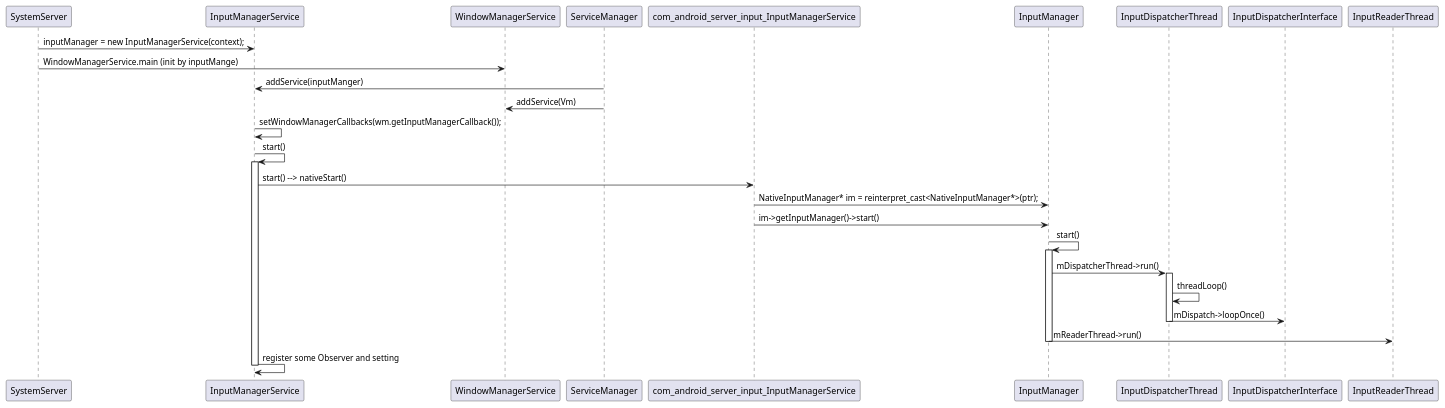
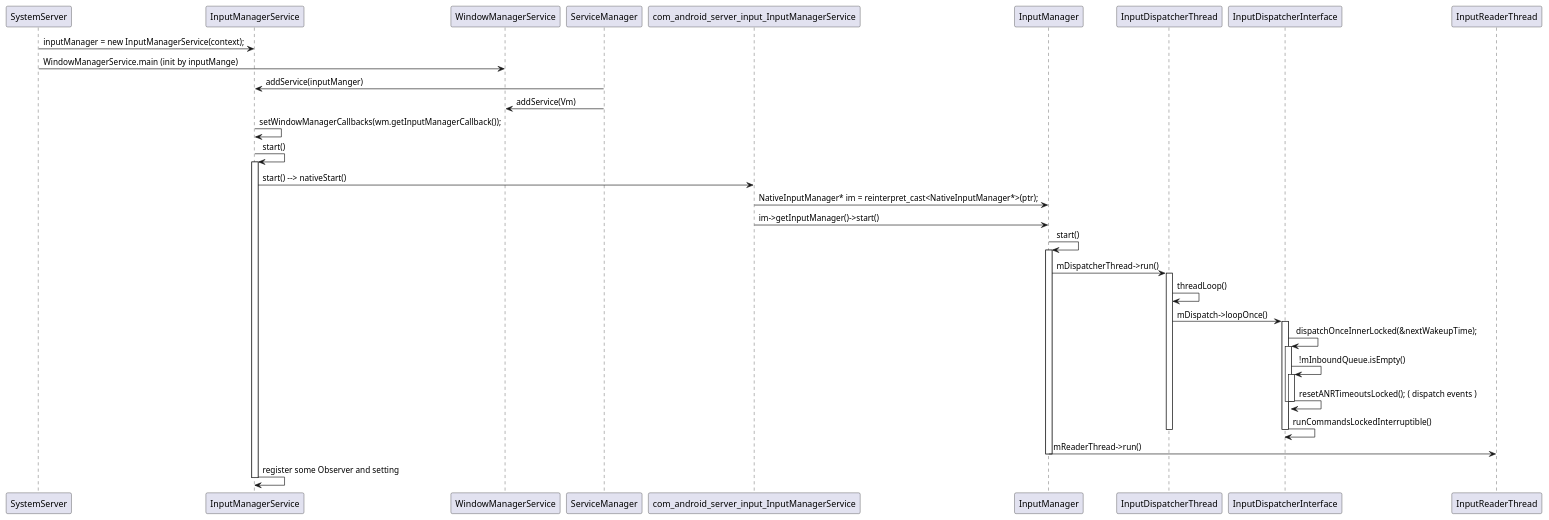
One commit to luxinhua/demo changed the diagram in SequenceDiag/InputSystem/inputhah.puml. Above: the diagram before and after it, drawn with PlantUML.

Commit message:
update for inputsystem sequenceDiag
update for inputsystem sequenceDiag

```diff
--- a/SequenceDiag/InputSystem/inputhah.puml
+++ b/SequenceDiag/InputSystem/inputhah.puml
@@ -1,28 +1,33 @@
 @startuml inputSystem and WindowManager
 SystemServer -> InputManagerService:inputManager = new InputManagerService(context);
 SystemServer -> WindowManagerService:WindowManagerService.main (init by inputMange)
 ServiceManager -> InputManagerService:addService(inputManger)
 ServiceManager -> WindowManagerService:addService(Vm)
 InputManagerService -> InputManagerService: setWindowManagerCallbacks(wm.getInputManagerCallback());
 InputManagerService -> InputManagerService: start()
 activate InputManagerService
 InputManagerService -> com_android_server_input_InputManagerService : start() --> nativeStart()
 com_android_server_input_InputManagerService -> InputManager :NativeInputManager* im = reinterpret_cast<NativeInputManager*>(ptr);
 com_android_server_input_InputManagerService -> InputManager:im->getInputManager()->start()
 InputManager -> InputManager : start()
 activate InputManager
 InputManager -> InputDispatcherThread : mDispatcherThread->run()
 activate InputDispatcherThread
 InputDispatcherThread -> InputDispatcherThread : threadLoop()
 InputDispatcherThread -> InputDispatcherInterface : mDispatch->loopOnce()
-
-
-
+activate InputDispatcherInterface
+InputDispatcherInterface->InputDispatcherInterface:dispatchOnceInnerLocked(&nextWakeupTime);
+activate InputDispatcherInterface
+InputDispatcherInterface->InputDispatcherInterface: !mInboundQueue.isEmpty()
+activate InputDispatcherInterface
+InputDispatcherInterface->InputDispatcherInterface:resetANRTimeoutsLocked(); ( dispatch events ) 
+deactivate InputDispatcherInterface
+deactivate InputDispatcherInterface
+InputDispatcherInterface->InputDispatcherInterface:runCommandsLockedInterruptible() 
+deactivate InputDispatcherInterface
 deactivate InputDispatcherThread
 InputManager -> InputReaderThread : mReaderThread->run() 
 deactivate InputManager
 InputManagerService -> InputManagerService: register some Observer and setting
-
 deactivate InputManagerService
-
 @enduml
```
